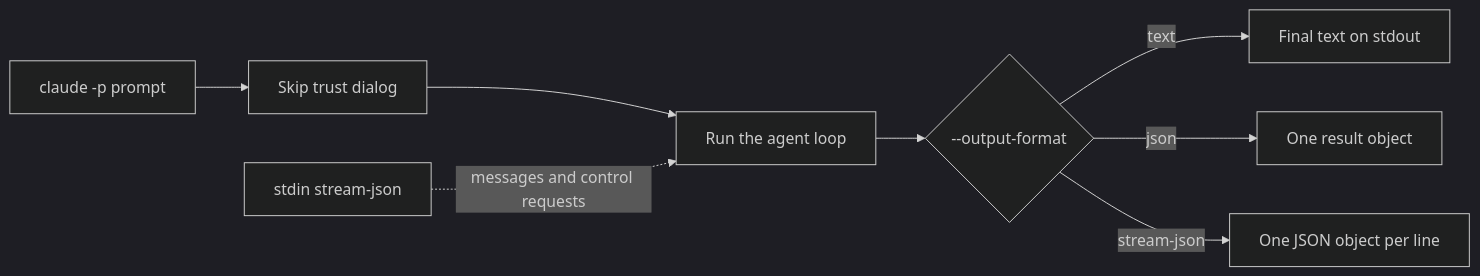
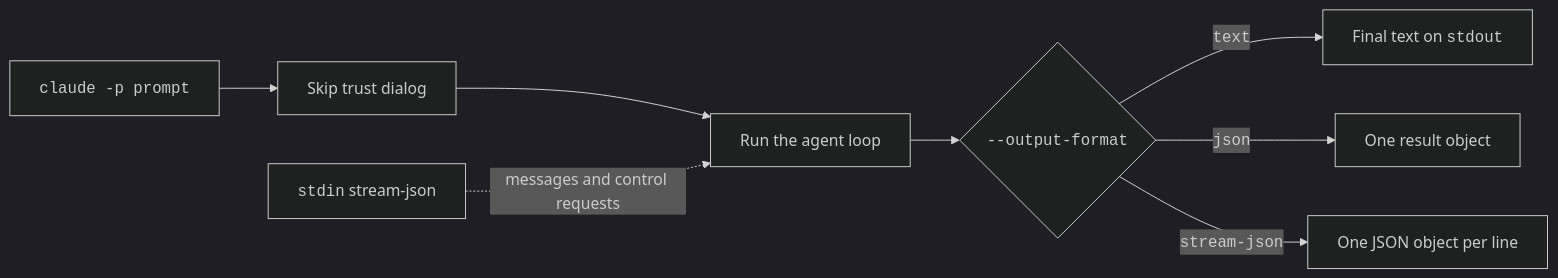
One commit to xsyetopz/claude-code-docs changed the diagram in docs/extend/headless/index.md. Above: the diagram before and after it, drawn with Mermaid (dark theme). The commit also changed other lines of this file and 164 other files, not shown here.

First line of the commit message:
docs: linked citations, yes/no markers, file trees, code in diagrams

````diff
--- a/docs/extend/headless/index.md
+++ b/docs/extend/headless/index.md
@@ -71,10 +71,10 @@
 ```mermaid
 flowchart LR
-  A[claude -p prompt] --> B[Skip trust dialog]
+  A["<code>claude -p prompt</code>"] --> B[Skip trust dialog]
   B --> C[Run the agent loop]
-  C --> D{--output-format}
-  D -->|text| E[Final text on stdout]
-  D -->|json| F[One result object]
-  D -->|stream-json| G[One JSON object per line]
-  H[stdin stream-json] -.->|messages and control requests| C
+  C --> D{"<code>--output-format</code>"}
+  D -->|"<code>text</code>"| E["Final text on <code>stdout</code>"]
+  D -->|"<code>json</code>"| F[One result object]
+  D -->|"<code>stream-json</code>"| G[One JSON object per line]
+  H["<code>stdin</code> stream-json"] -.->|messages and control requests| C
 ```
````
